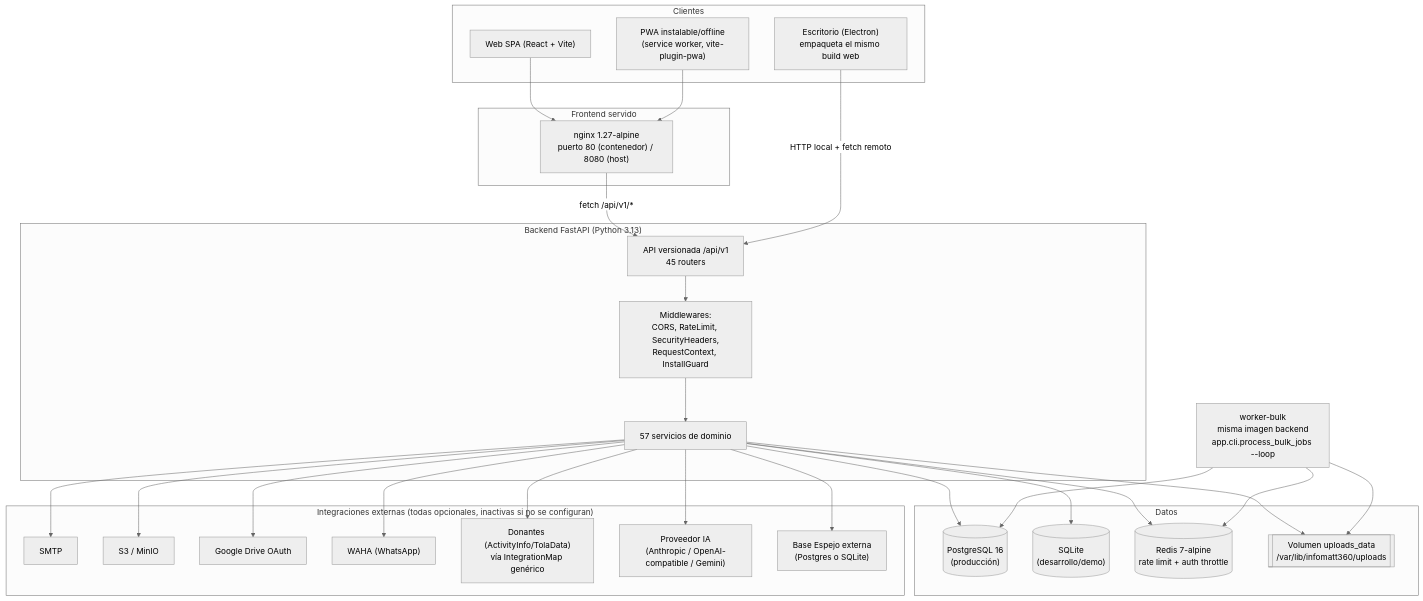
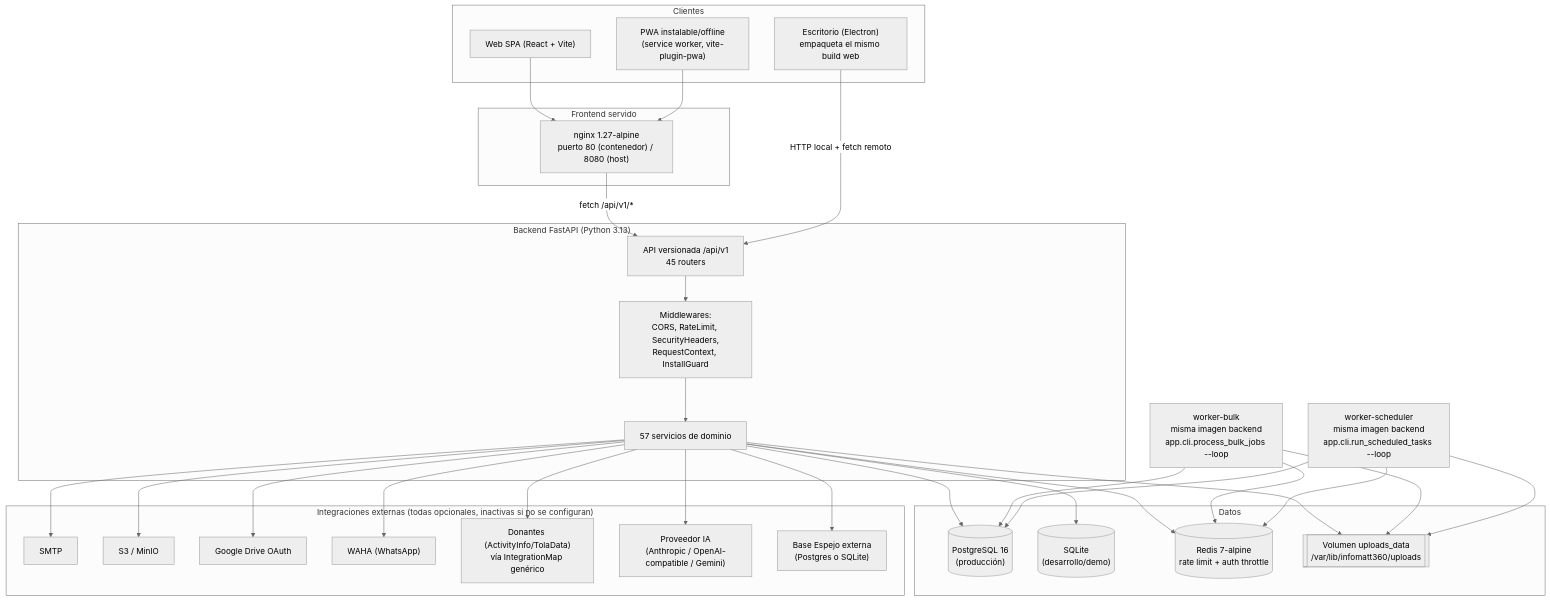
One commit to amopanta/infomatt360 changed the diagram in docs/ARQUITECTURA_TECNICA_INFOMATT360.md. Above: the diagram before and after it, drawn with Mermaid (neutral theme). The commit also changed other lines of this file and 4 other files, not shown here.

First line of the commit message:
fix: agregar worker-scheduler faltante al docker-compose de produccion

````diff
--- a/docs/ARQUITECTURA_TECNICA_INFOMATT360.md
+++ b/docs/ARQUITECTURA_TECNICA_INFOMATT360.md
@@ -23,59 +23,64 @@
 ```mermaid
 flowchart TB
     subgraph Clientes
         WEB["Web SPA (React + Vite)"]
         DESK["Escritorio (Electron)\nempaqueta el mismo build web"]
         PWA["PWA instalable/offline\n(service worker, vite-plugin-pwa)"]
     end
 
     subgraph Edge["Frontend servido"]
         NGINX["nginx 1.27-alpine\npuerto 80 (contenedor) / 8080 (host)"]
     end
 
     subgraph Backend["Backend FastAPI (Python 3.13)"]
         API["API versionada /api/v1\n45 routers"]
         MW["Middlewares:\nCORS, RateLimit, SecurityHeaders,\nRequestContext, InstallGuard"]
         SVC["57 servicios de dominio"]
     end
 
     WORKER["worker-bulk\nmisma imagen backend\napp.cli.process_bulk_jobs --loop"]
+    WORKERSCHED["worker-scheduler\nmisma imagen backend\napp.cli.run_scheduled_tasks --loop"]
 
     subgraph Datos
         PG[("PostgreSQL 16\n(producción)")]
         SQLITE[("SQLite\n(desarrollo/demo)")]
         REDIS[("Redis 7-alpine\nrate limit + auth throttle")]
         UPLOADS[["Volumen uploads_data\n/var/lib/infomatt360/uploads"]]
     end
 
     subgraph Externos["Integraciones externas (todas opcionales, inactivas si no se configuran)"]
         SMTP["SMTP"]
         S3["S3 / MinIO"]
         GDRIVE["Google Drive OAuth"]
         WAHA["WAHA (WhatsApp)"]
         DONOR["Donantes (ActivityInfo/TolaData)\nvía IntegrationMap genérico"]
         AI["Proveedor IA\n(Anthropic / OpenAI-compatible / Gemini)"]
         MIRROR["Base Espejo externa\n(Postgres o SQLite)"]
     end
 
     WEB --> NGINX
     NGINX -->|"fetch /api/v1/*"| API
     DESK -->|"HTTP local + fetch remoto"| API
     PWA --> NGINX
 
     API --> MW --> SVC
     SVC --> PG
     SVC --> SQLITE
     SVC --> REDIS
     SVC --> UPLOADS
     SVC --> SMTP
     SVC --> S3
     SVC --> GDRIVE
     SVC --> WAHA
     SVC --> DONOR
     SVC --> AI
     SVC --> MIRROR
 
     WORKER --> PG
     WORKER --> REDIS
     WORKER --> UPLOADS
+
+    WORKERSCHED --> PG
+    WORKERSCHED --> REDIS
+    WORKERSCHED --> UPLOADS
 ```
````
